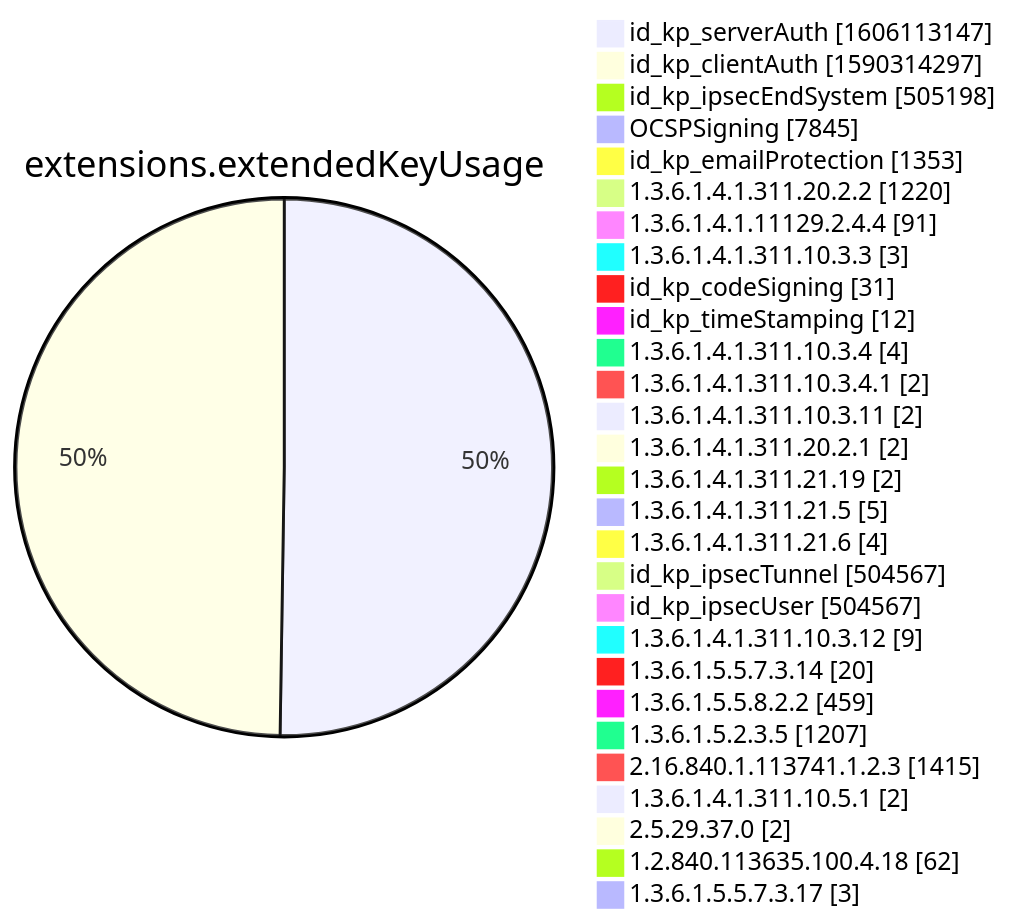
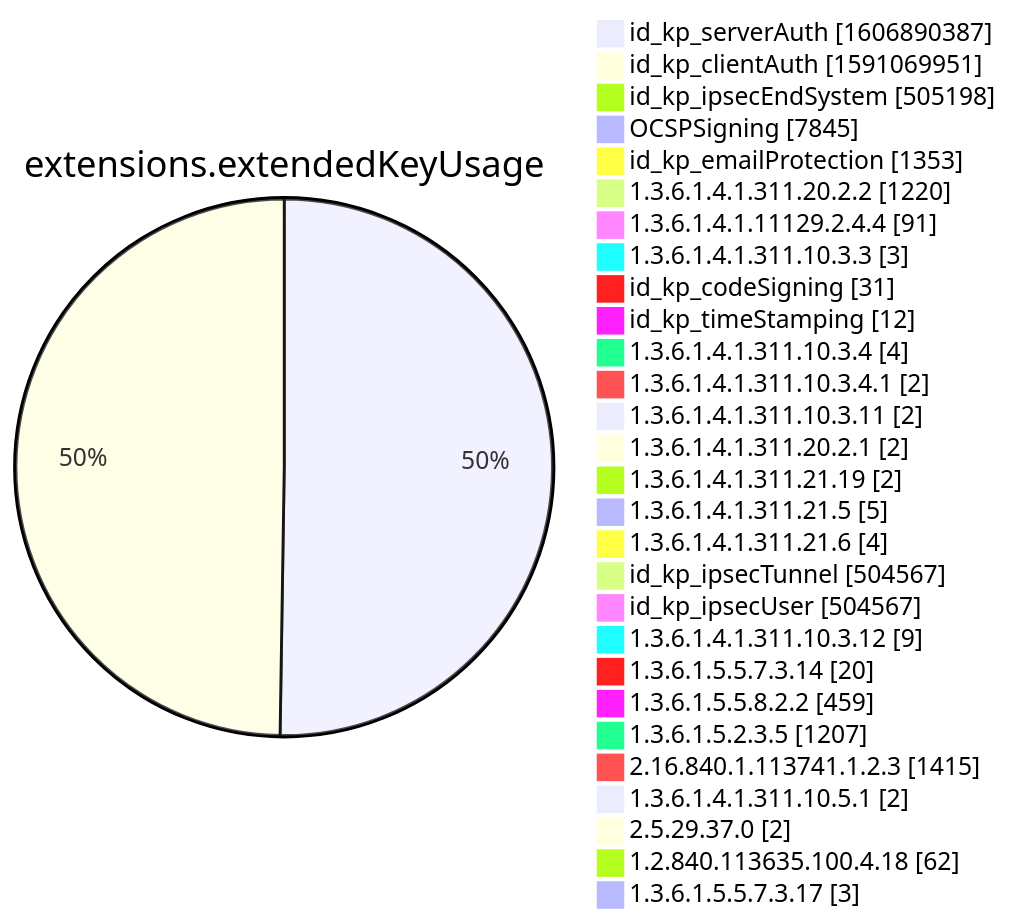
Diagram 12 of 15 in xenon2022/README.md (christiankrug/ctmonitor_visualization), drawn with Mermaid before and after one commit. The commit also changed other lines of this file, not shown here.

````diff
--- a/xenon2022/README.md
+++ b/xenon2022/README.md
@@ -3885,32 +3885,32 @@
 ```mermaid
 pie showData
 title extensions.extendedKeyUsage
-"id_kp_serverAuth" :1606113147
-"id_kp_clientAuth" :1590314297
+"id_kp_serverAuth" :1606890387
+"id_kp_clientAuth" :1591069951
 "id_kp_ipsecEndSystem" :505198
 "OCSPSigning" :7845
 "id_kp_emailProtection" :1353
 "1.3.6.1.4.1.311.20.2.2" :1220
 "1.3.6.1.4.1.11129.2.4.4" :91
 "1.3.6.1.4.1.311.10.3.3" :3
 "id_kp_codeSigning" :31
 "id_kp_timeStamping" :12
 "1.3.6.1.4.1.311.10.3.4" :4
 "1.3.6.1.4.1.311.10.3.4.1" :2
 "1.3.6.1.4.1.311.10.3.11" :2
 "1.3.6.1.4.1.311.20.2.1" :2
 "1.3.6.1.4.1.311.21.19" :2
 "1.3.6.1.4.1.311.21.5" :5
 "1.3.6.1.4.1.311.21.6" :4
 "id_kp_ipsecTunnel" :504567
 "id_kp_ipsecUser" :504567
 "1.3.6.1.4.1.311.10.3.12" :9
 "1.3.6.1.5.5.7.3.14" :20
 "1.3.6.1.5.5.8.2.2" :459
 "1.3.6.1.5.2.3.5" :1207
 "2.16.840.1.113741.1.2.3" :1415
 "1.3.6.1.4.1.311.10.5.1" :2
 "2.5.29.37.0" :2
 "1.2.840.113635.100.4.18" :62
 "1.3.6.1.5.5.7.3.17" :3
 ```
````
